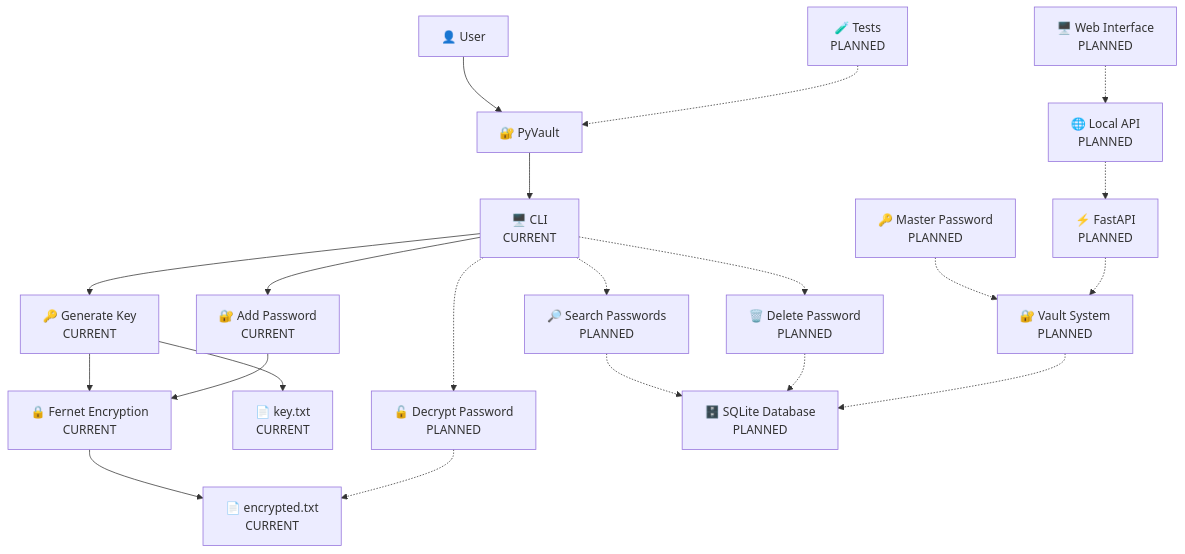
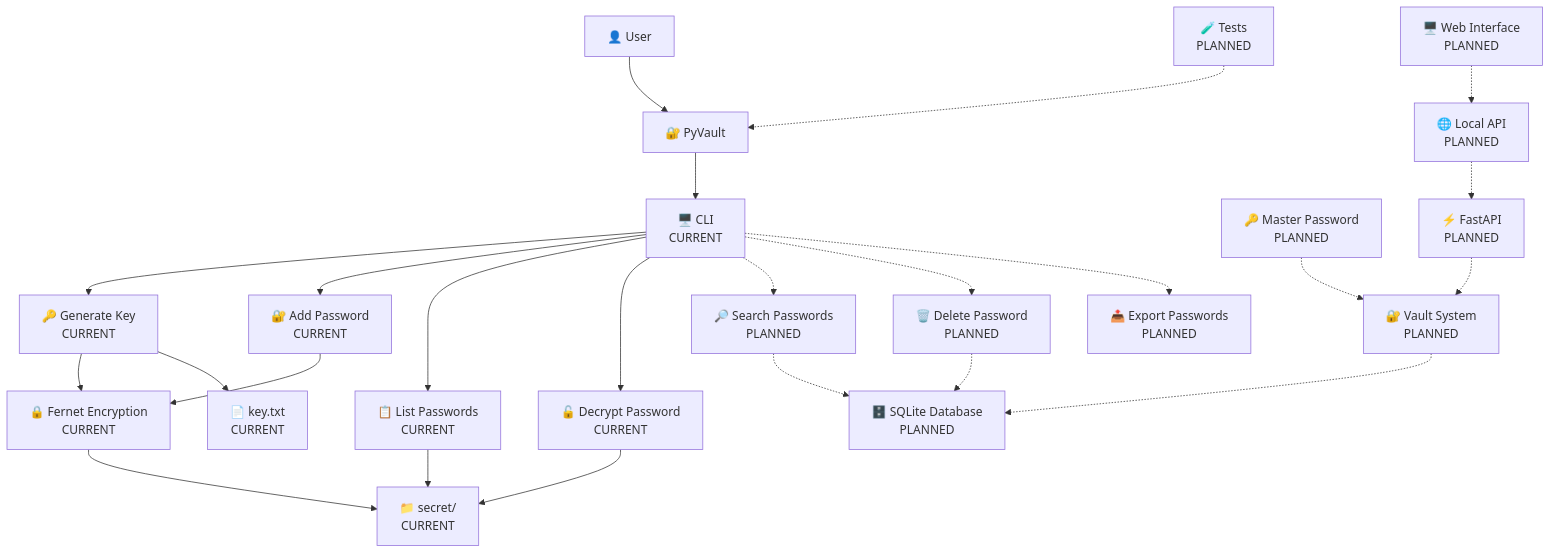
Before and after one commit to KirobotDev/PyVault: the diagram in README.md, drawn with Mermaid. The commit also changed other lines of this file, not shown here.

````diff
--- a/README.md
+++ b/README.md
@@ -57,61 +58,67 @@
 ```mermaid
 flowchart TD
     User["👤 User"]
 
     PyVault["🔐 PyVault"]
 
     CLI["🖥️ CLI<br/>CURRENT"]
 
     GenerateKey["🔑 Generate Key<br/>CURRENT"]
     AddPassword["🔐 Add Password<br/>CURRENT"]
+    ListPasswords["📋 List Passwords<br/>CURRENT"]
+    DecryptPassword["🔓 Decrypt Password<br/>CURRENT"]
 
     Fernet["🔒 Fernet Encryption<br/>CURRENT"]
     KeyFile["📄 key.txt<br/>CURRENT"]
-    EncryptedFile["📄 encrypted.txt<br/>CURRENT"]
+    SecretFolder["📁 secret/<br/>CURRENT"]
 
-    Decrypt["🔓 Decrypt Password<br/>PLANNED"]
     Search["🔎 Search Passwords<br/>PLANNED"]
     Delete["🗑️ Delete Password<br/>PLANNED"]
+    Export["📤 Export Passwords<br/>PLANNED"]
 
     MasterPassword["🔑 Master Password<br/>PLANNED"]
     Vault["🔐 Vault System<br/>PLANNED"]
     SQLite["🗄️ SQLite Database<br/>PLANNED"]
 
     API["🌐 Local API<br/>PLANNED"]
     FastAPI["⚡ FastAPI<br/>PLANNED"]
 
     Web["🖥️ Web Interface<br/>PLANNED"]
 
     Tests["🧪 Tests<br/>PLANNED"]
 
     User --> PyVault
 
     PyVault --> CLI
 
     CLI --> GenerateKey
     CLI --> AddPassword
+    CLI --> ListPasswords
+    CLI --> DecryptPassword
 
     GenerateKey --> Fernet
     GenerateKey --> KeyFile
 
     AddPassword --> Fernet
-    Fernet --> EncryptedFile
+    Fernet --> SecretFolder
 
-    CLI -.-> Decrypt
+    DecryptPassword --> SecretFolder
+    ListPasswords --> SecretFolder
+
     CLI -.-> Search
     CLI -.-> Delete
+    CLI -.-> Export
 
-    Decrypt -.-> EncryptedFile
     Search -.-> SQLite
     Delete -.-> SQLite
 
     MasterPassword -.-> Vault
     Vault -.-> SQLite
 
     API -.-> FastAPI
     FastAPI -.-> Vault
 
     Web -.-> API
 
     Tests -.-> PyVault
 ```
````
